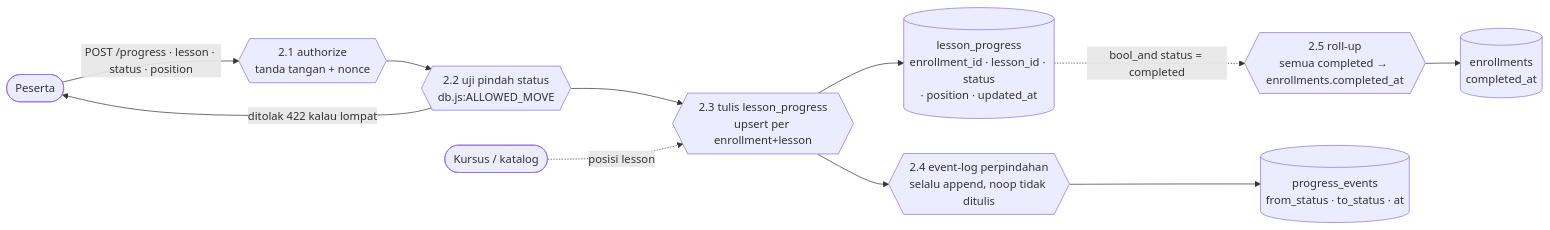
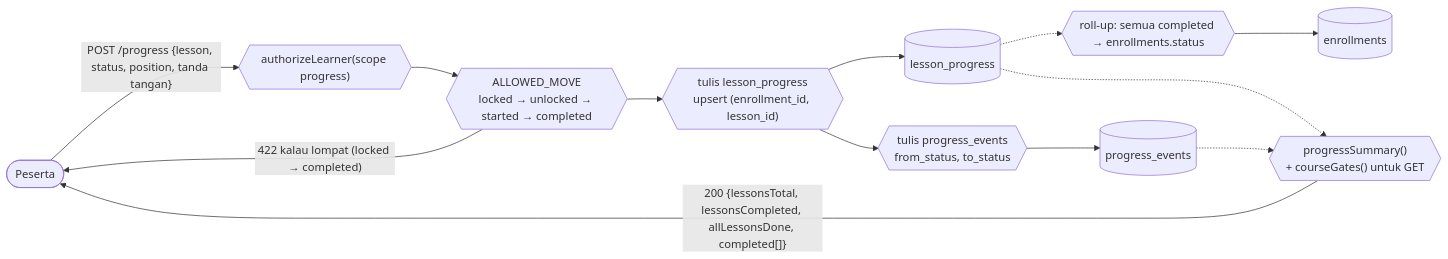
One commit to Shenhan01-sys/Lencana changed the fifth of 15 diagrams in vault/00-Overview/12 - Business Process.md. Above: the diagram before and after it, drawn with Mermaid. The commit also changed other lines of this file and 14 other files, not shown here.

````diff
--- a/vault/00-Overview/12 - Business Process.md
+++ b/vault/00-Overview/12 - Business Process.md
@@ -240,24 +235,26 @@
 ```mermaid
 flowchart LR
   PE([Peserta])
-  AU{{"2.1 authorize<br/>tanda tangan + nonce"}}
-  SM{{"2.2 uji pindah status<br/>db.js:ALLOWED_MOVE"}}
-  WR{{"2.3 tulis lesson_progress<br/>upsert per enrollment+lesson"}}
-  EV{{"2.4 event-log perpindahan<br/>selalu append, noop tidak ditulis"}}
-  RU{{"2.5 roll-up<br/>semua completed → enrollments.completed_at"}}
-  CL([Kursus / katalog])
-  A1[("lesson_progress<br/>enrollment_id · lesson_id · status<br/>· position · updated_at")]
-  A2[("progress_events<br/>from_status · to_status · at")]
-  A3[("enrollments<br/>completed_at")]
+  B1{{"authorizeLearner(scope progress)"}}
+  B2{{"ALLOWED_MOVE<br/>locked → unlocked → started → completed"}}
+  B3{{"tulis lesson_progress<br/>upsert (enrollment_id, lesson_id)"}}
+  B4{{"tulis progress_events<br/>from_status, to_status"}}
+  B5{{"roll-up: semua completed → enrollments.status"}}
+  S1{{"progressSummary()<br/>+ courseGates() untuk GET"}}
+  D1[("lesson_progress")]
+  D2[("progress_events")]
+  D3[("enrollments")]
 
-  PE -->|POST /progress · lesson · status · position| AU
-  AU --> SM
-  SM -->|ditolak 422 kalau lompat| PE
-  SM --> WR
-  WR --> A1
-  WR --> EV
-  EV --> A2
-  RU --> A3
-  A1 -.->|bool_and status = completed| RU
-  CL -.->|posisi lesson| WR
+  PE -->|"POST /progress {lesson, status, position, tanda tangan}"| B1
+  B1 --> B2
+  B2 -->|"422 kalau lompat (locked → completed)"| PE
+  B2 --> B3
+  B3 --> D1
+  B3 --> B4
+  B4 --> D2
+  B5 --> D3
+  D1 -.-> B5
+  D1 -.-> S1
+  D2 -.-> S1
+  S1 -->|"200 {lessonsTotal, lessonsCompleted, allLessonsDone, completed[]}"| PE
 ```
````
